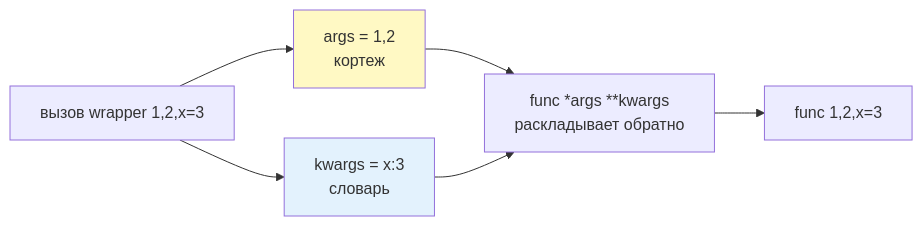
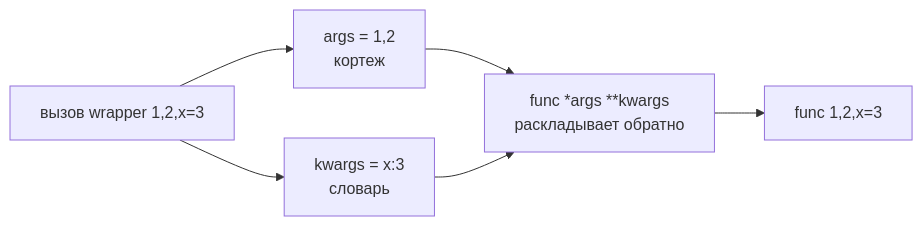
Before and after one commit to JayStorm228/College: the third of 6 diagrams in 02_Курсы/01. Инженерные практики Python/01_Лекции/07. Декораторы.md, drawn with Mermaid. The commit also changed other lines of this file and 30 other files, not shown here.

First line of the commit message:
переименование NumPy лекций под академические заголовки + стандартные диаграммы

````diff
--- a/02_Курсы/01. Инженерные практики Python/01_Лекции/07. Декораторы.md
+++ b/02_Курсы/01. Инженерные практики Python/01_Лекции/07. Декораторы.md
@@ -134,10 +131,8 @@
 ```mermaid
 flowchart LR
   A[вызов wrapper 1,2,x=3] --> B[args = 1,2<br>кортеж]
   A --> C[kwargs = x:3<br>словарь]
   B --> D[func *args **kwargs<br>раскладывает обратно]
   C --> D
   D --> E[func 1,2,x=3]
-  style B fill:#fff9c4
-  style C fill:#e3f2fd
 ```
````
